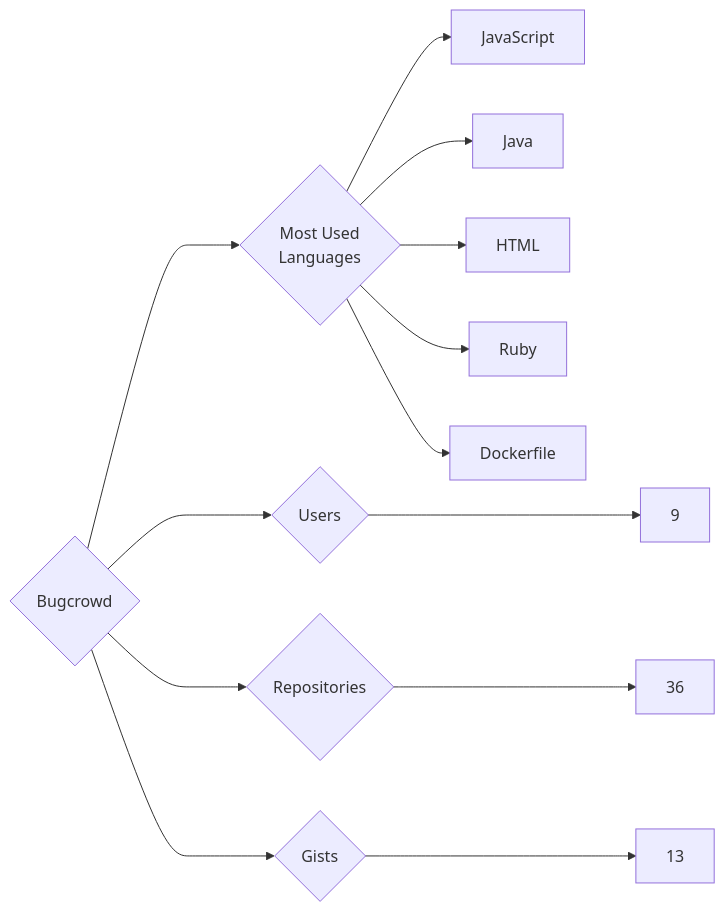
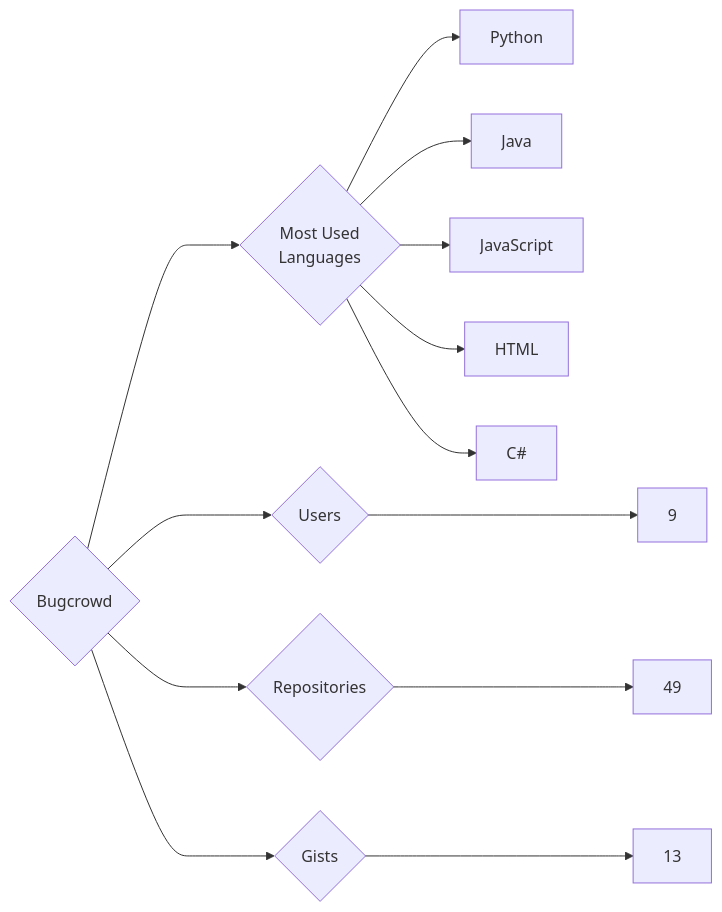
One commit to trickest/insiders changed the diagram in targets/Bugcrowd/README.md. Above: the diagram before and after it, drawn with Mermaid. The commit also changed 1007 other files, not shown here.

````diff
--- a/targets/Bugcrowd/README.md
+++ b/targets/Bugcrowd/README.md
@@ -3,13 +3,13 @@
 ```mermaid
 graph LR
 COMPANY_NAME{Bugcrowd}
 COMPANY_NAME ---> U{Users} ---> UN[9]
-COMPANY_NAME ---> R{Repositories} ---> RN[36]
+COMPANY_NAME ---> R{Repositories} ---> RN[49]
 COMPANY_NAME ---> G{Gists} ---> GN[13]
 COMPANY_NAME ---> ML{Most Used<br>Languages}
+ML --> Python[Python]
+ML --> Java[Java]
 ML --> JavaScript[JavaScript]
-ML --> Java[Java]
 ML --> HTML[HTML]
-ML --> Ruby[Ruby]
-ML --> Dockerfile[Dockerfile]
+ML --> C#[C#]
 ```
````
